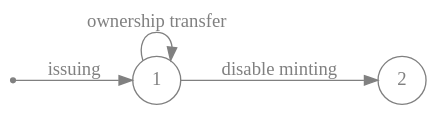
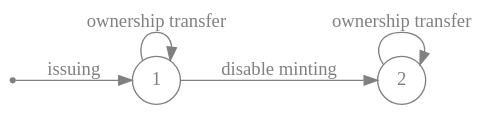
The diagram in x/fantoken/spec/img/image_code/fantoken_object_lifecycle.dot (angelorc/go-bitsong), drawn with Graphviz before and after one commit. The commit also changed 1 other file, not shown here.

```diff
--- a/x/fantoken/spec/img/image_code/fantoken_object_lifecycle.dot
+++ b/x/fantoken/spec/img/image_code/fantoken_object_lifecycle.dot
@@ -1,15 +1,16 @@
 digraph finite_state_machine {
     rankdir=LR;
     bgcolor="transparent";
     size="8,5"
 
     node [shape = circle, label="1", fontsize=14, color="gray", fontcolor="gray"] 1;
     node [shape = circle, label="2", fontsize=14, color="gray", fontcolor="gray"] 2;
     
     node [shape = point, fontsize=14, color="gray", fontcolor="gray"]; qi
     
     qi -> 1 [label="issuing", fontsize=14, color="gray", fontcolor="gray"];
     
     1  -> 1 [ label = "ownership transfer", fontsize=14, color="gray", fontcolor="gray"];
     1  -> 2 [ label = "disable minting", fontsize=14, color="gray", fontcolor="gray"];
+    2  -> 2 [ label = "ownership transfer", fontsize=14, color="gray", fontcolor="gray"];
 }
```
